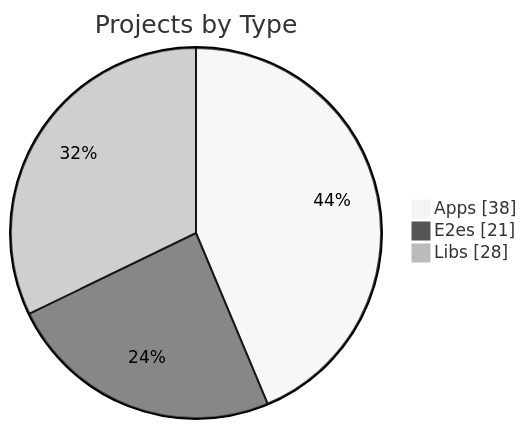
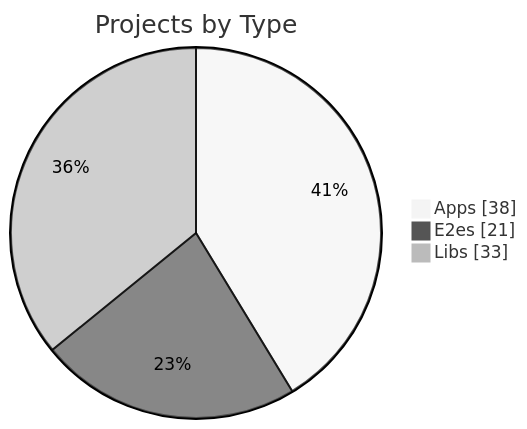
The first of 3 diagrams in apps/kbve/astro-kbve/src/content/docs/dashboard/graph.mdx (KBVE/kbve), drawn with Mermaid (neutral theme) before and after one commit. The commit also changed other lines of this file and 8 other files, not shown here.

````diff
--- a/apps/kbve/astro-kbve/src/content/docs/dashboard/graph.mdx
+++ b/apps/kbve/astro-kbve/src/content/docs/dashboard/graph.mdx
@@ -56,7 +56,7 @@
 ```mermaid
 pie showData
     title Projects by Type
     "Apps" : 38
     "E2es" : 21
-    "Libs" : 28
+    "Libs" : 33
 ```
````
